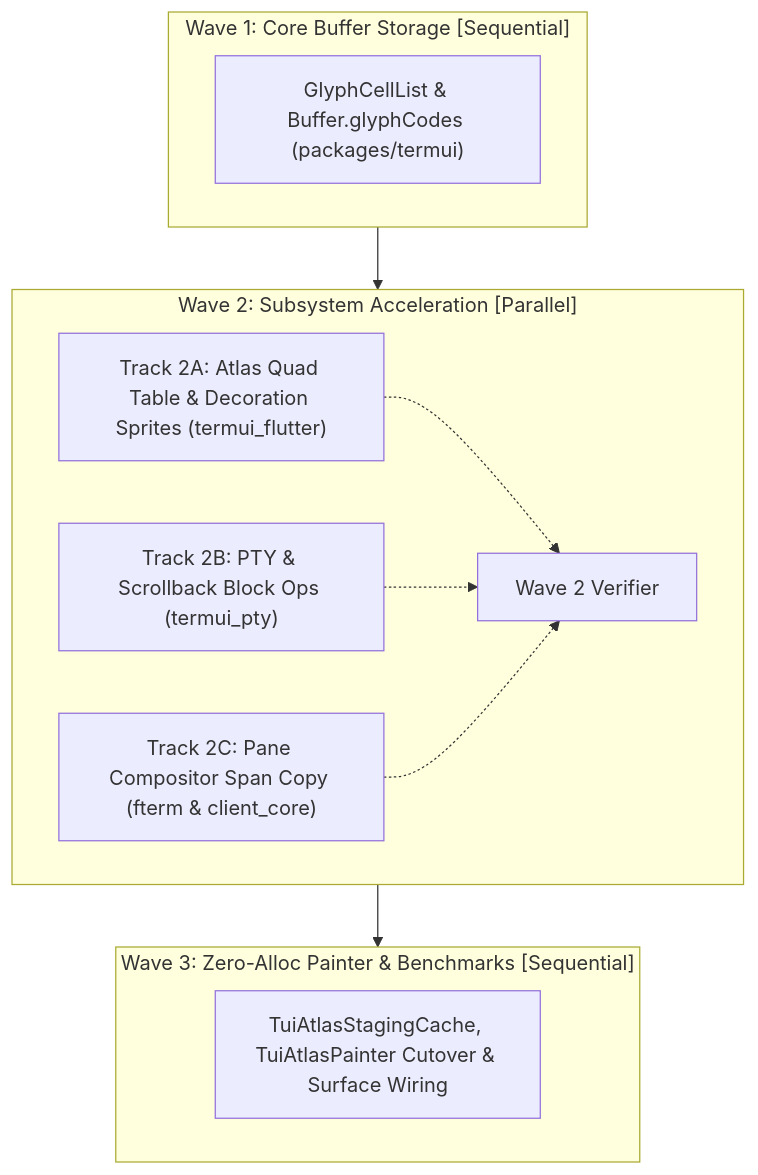
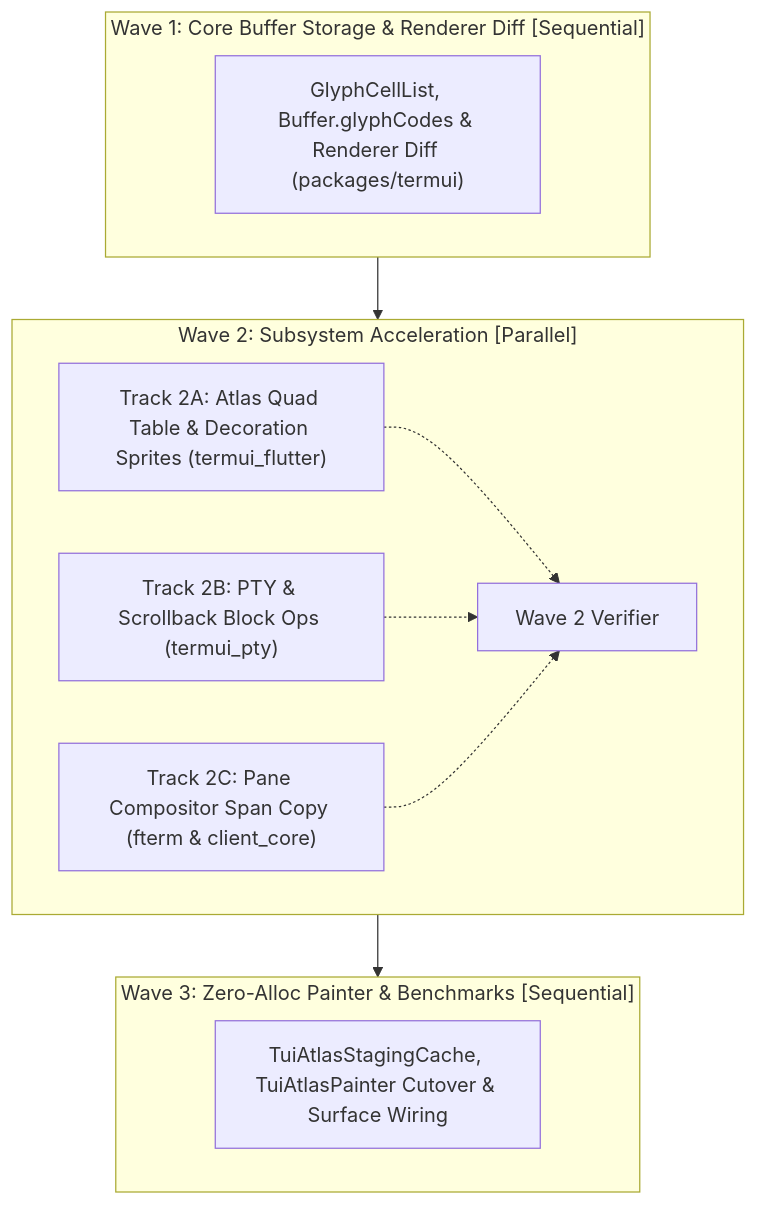
One commit to jtmcdole/termui changed the diagram in docs/plans/step1_optimized_draw_raw_atlas_plan.md. Above: the diagram before and after it, drawn with Mermaid. The commit also changed other lines of this file and 3 other files, not shown here.

````diff
--- a/docs/plans/step1_optimized_draw_raw_atlas_plan.md
+++ b/docs/plans/step1_optimized_draw_raw_atlas_plan.md
@@ -33,19 +33,19 @@
 ```mermaid
 flowchart TD
-    subgraph W1["Wave 1: Core Buffer Storage [Sequential]"]
-        GCL["GlyphCellList & Buffer.glyphCodes (packages/termui)"]
+    subgraph W1["Wave 1: Core Buffer Storage & Renderer Diff [Sequential]"]
+        GCL["GlyphCellList, Buffer.glyphCodes & Renderer Diff (packages/termui)"]
     end
     subgraph W2["Wave 2: Subsystem Acceleration [Parallel]"]
         T2A["Track 2A: Atlas Quad Table & Decoration Sprites (termui_flutter)"]
         T2B["Track 2B: PTY & Scrollback Block Ops (termui_pty)"]
         T2C["Track 2C: Pane Compositor Span Copy (fterm & client_core)"]
         V2["Wave 2 Verifier"]
         T2A -.-> V2
         T2B -.-> V2
         T2C -.-> V2
     end
     subgraph W3["Wave 3: Zero-Alloc Painter & Benchmarks [Sequential]"]
         S3["TuiAtlasStagingCache, TuiAtlasPainter Cutover & Surface Wiring"]
     end
     W1 --> W2 --> W3
 ```
````
